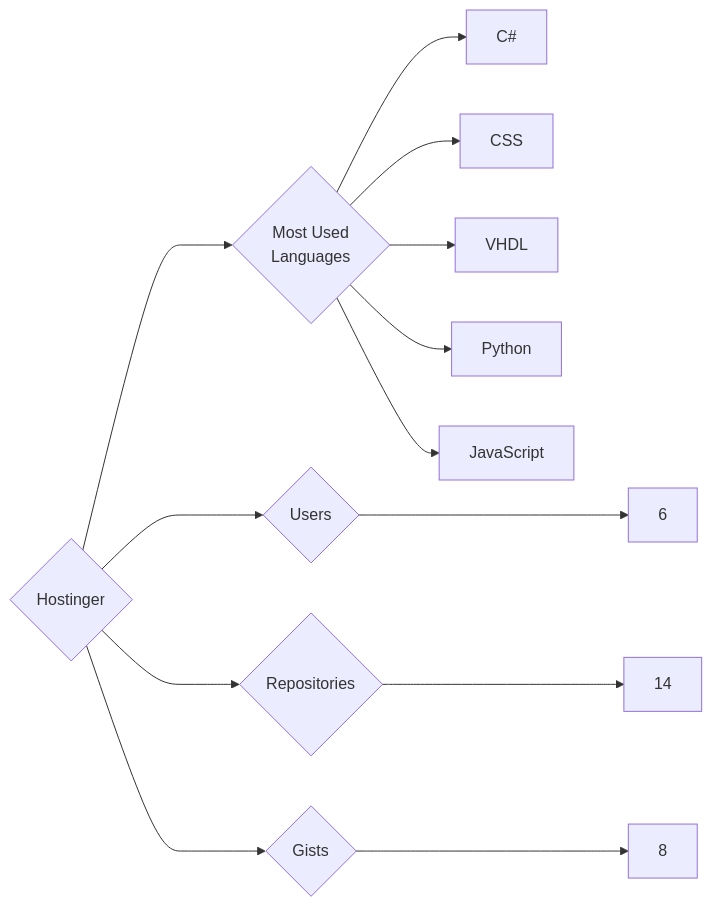
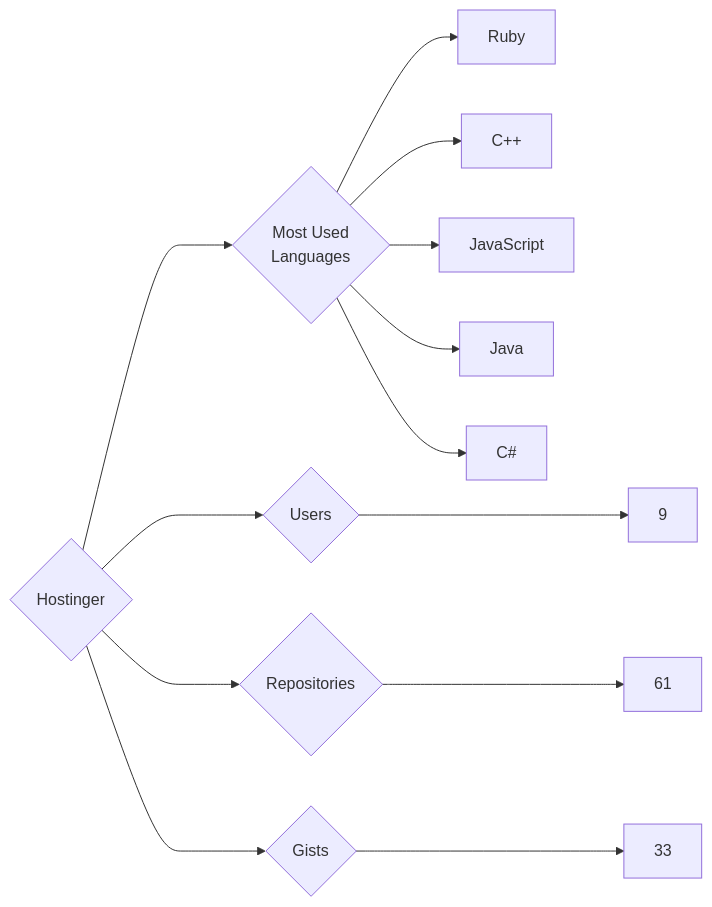
The diagram in targets/Hostinger/README.md (trickest/insiders), drawn with Mermaid before and after one commit. The commit also changed 1141 other files, not shown here.

````diff
--- a/targets/Hostinger/README.md
+++ b/targets/Hostinger/README.md
@@ -3,13 +3,13 @@
 ```mermaid
 graph LR
 COMPANY_NAME{Hostinger}
-COMPANY_NAME ---> U{Users} ---> UN[6]
-COMPANY_NAME ---> R{Repositories} ---> RN[14]
-COMPANY_NAME ---> G{Gists} ---> GN[8]
+COMPANY_NAME ---> U{Users} ---> UN[9]
+COMPANY_NAME ---> R{Repositories} ---> RN[61]
+COMPANY_NAME ---> G{Gists} ---> GN[33]
 COMPANY_NAME ---> ML{Most Used<br>Languages}
+ML --> Ruby[Ruby]
+ML --> C++[C++]
+ML --> JavaScript[JavaScript]
+ML --> Java[Java]
 ML --> C#[C#]
-ML --> CSS[CSS]
-ML --> VHDL[VHDL]
-ML --> Python[Python]
-ML --> JavaScript[JavaScript]
 ```
````
